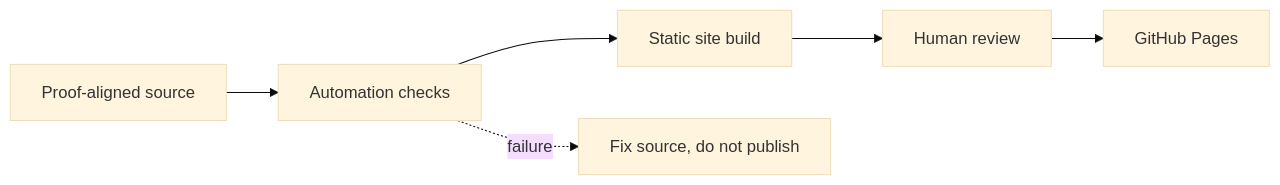
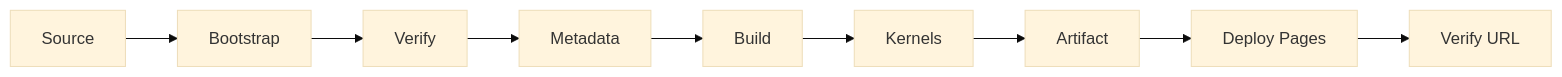
The sixth of 7 diagrams in README.md (MontrealAI/goalos-agijobmanager-ascension), drawn with Mermaid (base theme) before and after one commit. The commit also changed other lines of this file and 63 other files, not shown here.

````diff
--- a/README.md
+++ b/README.md
@@ -201,8 +105,4 @@
 ```mermaid
 flowchart LR
-  Source[Proof-aligned source] --> QA[Automation checks]
-  QA --> Build[Static site build]
-  Build --> Review[Human review]
-  Review --> Pages[GitHub Pages]
-  QA -. failure .-> Fix[Fix source, do not publish]
+  Source[Source] --> Boot[Bootstrap] --> Verify[Verify] --> Meta[Metadata] --> Build[Build] --> Kernels[Kernels] --> Artifact[Artifact] --> Deploy[Deploy Pages] --> URL[Verify URL]
 ```
````
